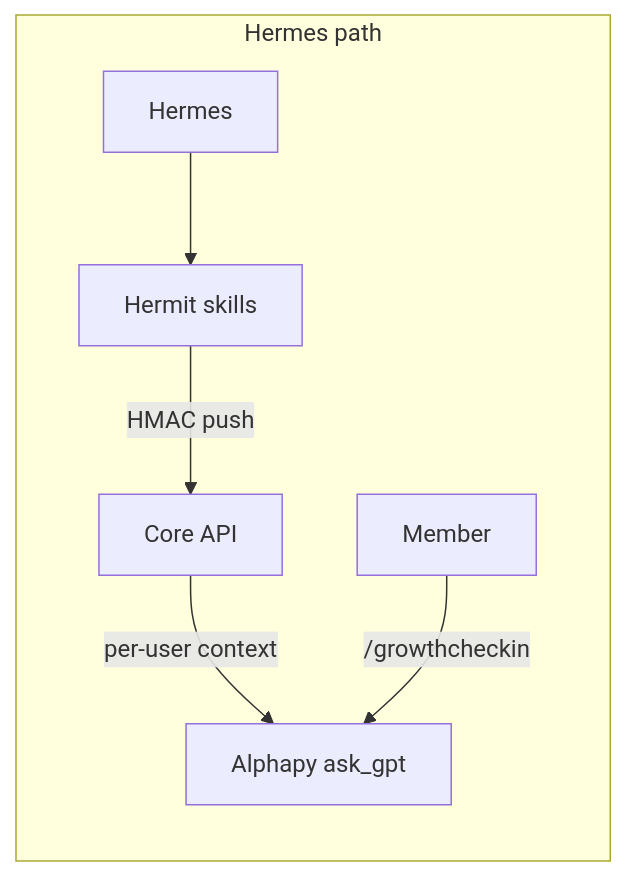
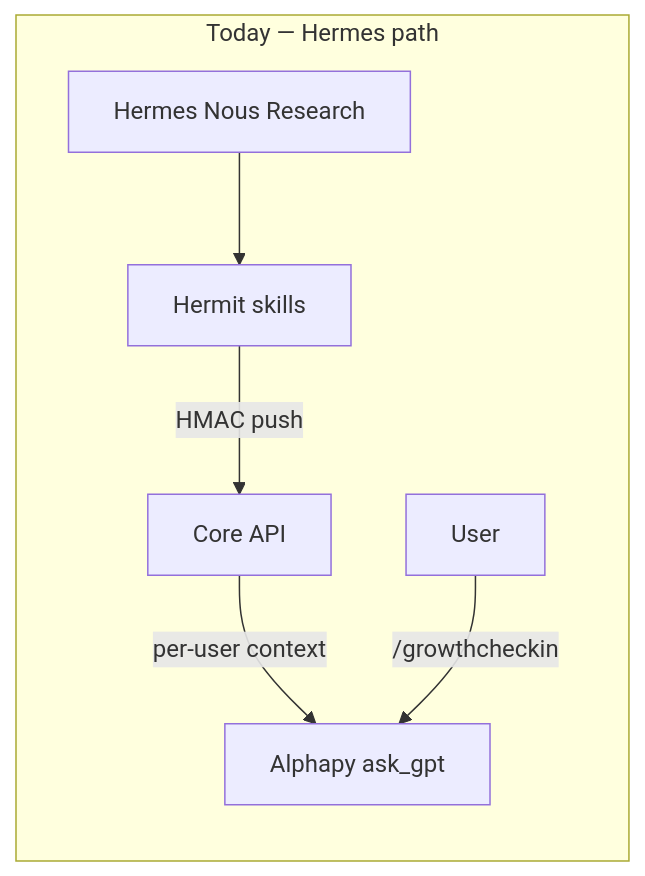
One commit to Innersync-tech/docs changed the diagram in src/content/docs/alphapy/alphapy-agents-architecture.md. Above: the diagram before and after it, drawn with Mermaid. The commit also changed other lines of this file and 10 other files, not shown here.

````diff
--- a/src/content/docs/alphapy/alphapy-agents-architecture.md
+++ b/src/content/docs/alphapy/alphapy-agents-architecture.md
@@ -27,9 +27,9 @@
 ```mermaid
 flowchart LR
-  subgraph hermes_path [Hermes path]
-    Hermes[Hermes] --> Hermit[Hermit skills]
+  subgraph today [Today — Hermes path]
+    Hermes[Hermes Nous Research] --> Hermit[Hermit skills]
     Hermit -->|HMAC push| Core[Core API]
     Core -->|per-user context| Alphapy[Alphapy ask_gpt]
-    User[Member] -->|/growthcheckin| Alphapy
+    User1[User] -->|/growthcheckin| Alphapy
   end
 ```
````
